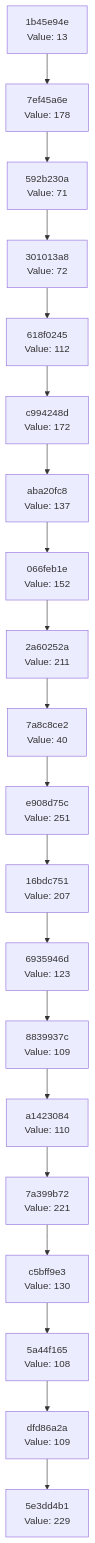
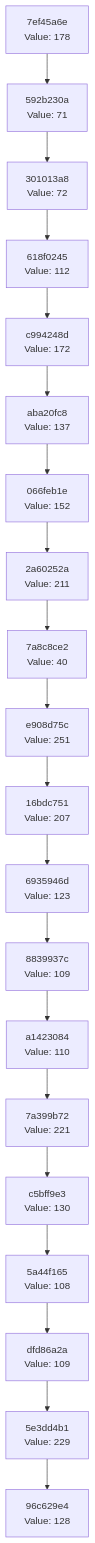
One commit to Abhisheksinha1506/hash-chain-evolver changed the diagram in docs/CHAIN_VISUALIZATION.md. Above: the diagram before and after it, drawn with Mermaid. The commit also changed 3 other files, not shown here.

````diff
--- a/docs/CHAIN_VISUALIZATION.md
+++ b/docs/CHAIN_VISUALIZATION.md
@@ -3,42 +3,42 @@
 ```mermaid
 graph TD
-    C0["5e3dd4b1<br/>Value: 229"]
-    C1["dfd86a2a<br/>Value: 109"]
+    C0["96c629e4<br/>Value: 128"]
+    C1["5e3dd4b1<br/>Value: 229"]
     C1 --> C0
-    C2["5a44f165<br/>Value: 108"]
+    C2["dfd86a2a<br/>Value: 109"]
     C2 --> C1
-    C3["c5bff9e3<br/>Value: 130"]
+    C3["5a44f165<br/>Value: 108"]
     C3 --> C2
-    C4["7a399b72<br/>Value: 221"]
+    C4["c5bff9e3<br/>Value: 130"]
     C4 --> C3
-    C5["a1423084<br/>Value: 110"]
+    C5["7a399b72<br/>Value: 221"]
     C5 --> C4
-    C6["8839937c<br/>Value: 109"]
+    C6["a1423084<br/>Value: 110"]
     C6 --> C5
-    C7["6935946d<br/>Value: 123"]
+    C7["8839937c<br/>Value: 109"]
     C7 --> C6
-    C8["16bdc751<br/>Value: 207"]
+    C8["6935946d<br/>Value: 123"]
     C8 --> C7
-    C9["e908d75c<br/>Value: 251"]
+    C9["16bdc751<br/>Value: 207"]
     C9 --> C8
-    C10["7a8c8ce2<br/>Value: 40"]
+    C10["e908d75c<br/>Value: 251"]
     C10 --> C9
-    C11["2a60252a<br/>Value: 211"]
+    C11["7a8c8ce2<br/>Value: 40"]
     C11 --> C10
-    C12["066feb1e<br/>Value: 152"]
+    C12["2a60252a<br/>Value: 211"]
     C12 --> C11
-    C13["aba20fc8<br/>Value: 137"]
+    C13["066feb1e<br/>Value: 152"]
     C13 --> C12
-    C14["c994248d<br/>Value: 172"]
+    C14["aba20fc8<br/>Value: 137"]
     C14 --> C13
-    C15["618f0245<br/>Value: 112"]
+    C15["c994248d<br/>Value: 172"]
     C15 --> C14
-    C16["301013a8<br/>Value: 72"]
+    C16["618f0245<br/>Value: 112"]
     C16 --> C15
-    C17["592b230a<br/>Value: 71"]
+    C17["301013a8<br/>Value: 72"]
     C17 --> C16
-    C18["7ef45a6e<br/>Value: 178"]
+    C18["592b230a<br/>Value: 71"]
     C18 --> C17
-    C19["1b45e94e<br/>Value: 13"]
+    C19["7ef45a6e<br/>Value: 178"]
     C19 --> C18
 ```
````
